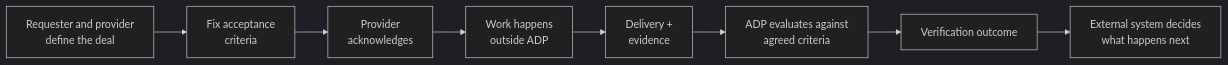
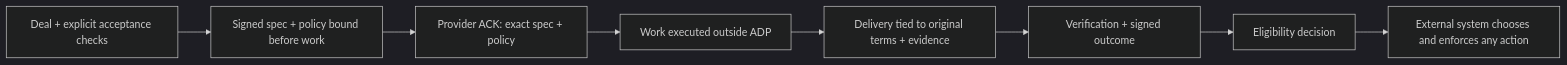
The diagram in README.md (artavares79-hash/skelo-adp-developers), drawn with Mermaid (dark theme) before and after one commit. The commit also changed other lines of this file, not shown here.

Commit message:
Clarify pre-execution agreement, frozen terms and provider acknowledgement

```diff
--- a/README.md
+++ b/README.md
@@ -43,10 +43,10 @@
 ~~~mermaid
 flowchart LR
-  A["Requester and provider<br/>define the deal"] --> B["Fix acceptance<br/>criteria"]
-  B --> C["Provider<br/>acknowledges"]
-  C --> D["Work happens<br/>outside ADP"]
-  D --> E["Delivery +<br/>evidence"]
-  E --> F["ADP evaluates against<br/>agreed criteria"]
-  F --> G["Verification outcome"]
-  G --> H["External system decides<br/>what happens next"]
+  A["Deal + explicit acceptance checks"] --> B["Signed spec + policy bound before work"]
+  B --> C["Provider ACK: exact spec + policy"]
+  C --> D["Work executed outside ADP"]
+  D --> E["Delivery tied to original terms + evidence"]
+  E --> F["Verification + signed outcome"]
+  F --> G["Eligibility decision"]
+  G --> H["External system chooses and enforces any action"]
 ~~~
```
